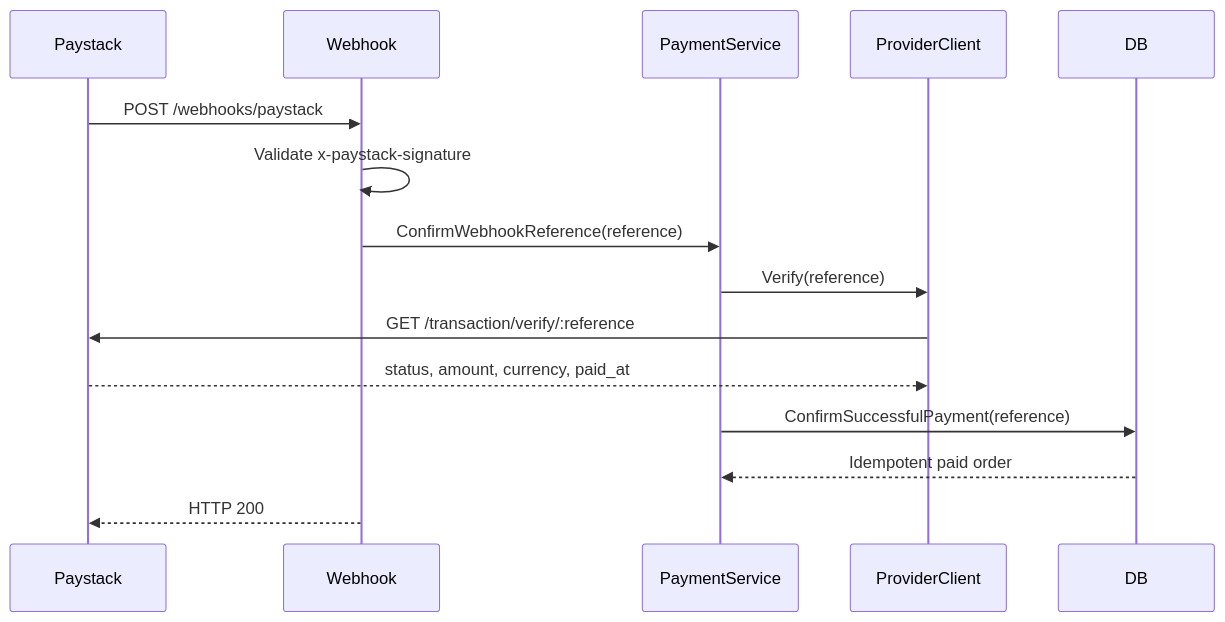
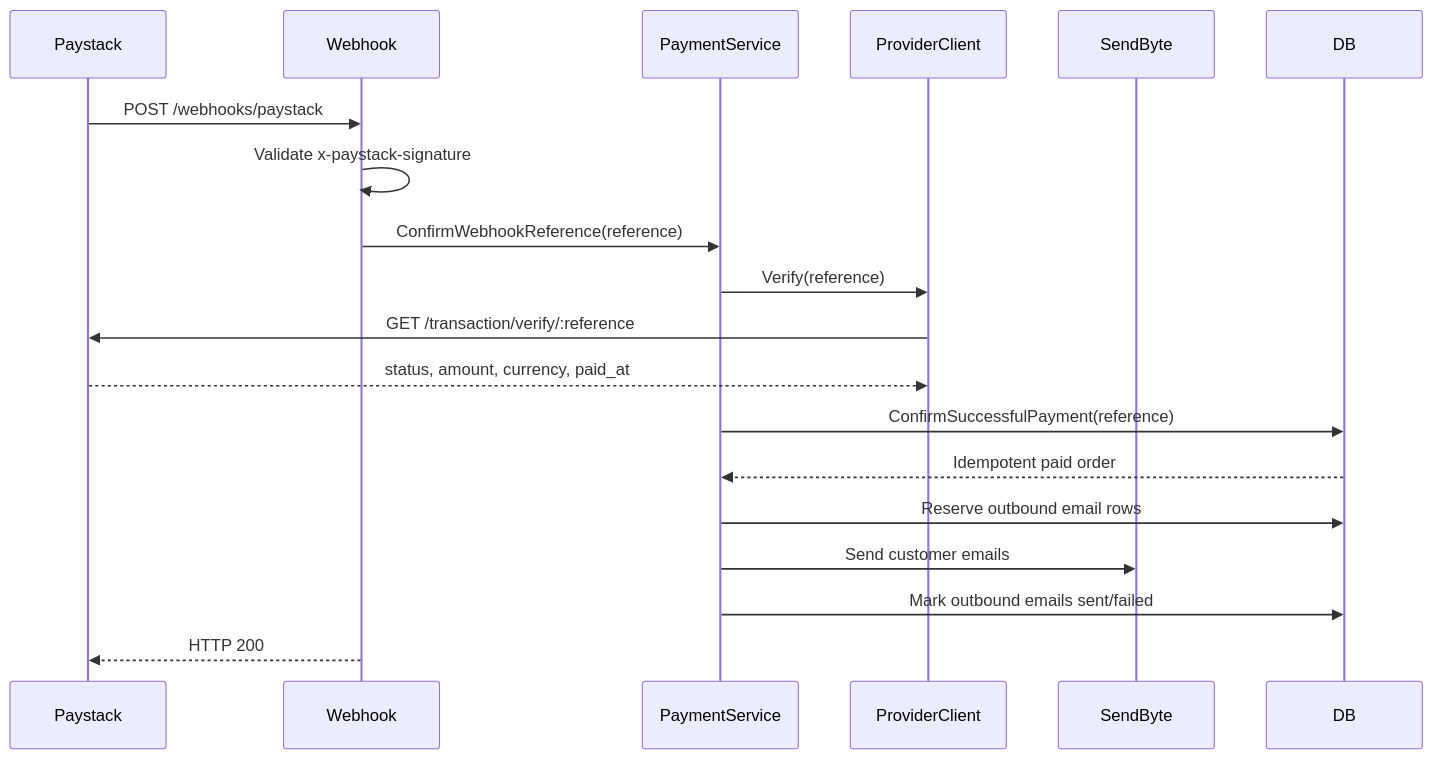
The fifth of 7 diagrams in docs/payment-system-architecture.md (mikechibuzor/oyecouture), drawn with Mermaid before and after one commit. The commit also changed other lines of this file and 24 other files, not shown here.

Commit message:
feat(email): send paid order confirmations

````diff
--- a/docs/payment-system-architecture.md
+++ b/docs/payment-system-architecture.md
@@ -265,18 +286,22 @@
 ```mermaid
 sequenceDiagram
   participant Paystack
   participant Webhook
   participant PaymentService
   participant ProviderClient
+  participant SendByte
   participant DB
 
   Paystack->>Webhook: POST /webhooks/paystack
   Webhook->>Webhook: Validate x-paystack-signature
   Webhook->>PaymentService: ConfirmWebhookReference(reference)
   PaymentService->>ProviderClient: Verify(reference)
   ProviderClient->>Paystack: GET /transaction/verify/:reference
   Paystack-->>ProviderClient: status, amount, currency, paid_at
   PaymentService->>DB: ConfirmSuccessfulPayment(reference)
   DB-->>PaymentService: Idempotent paid order
+  PaymentService->>DB: Reserve outbound email rows
+  PaymentService->>SendByte: Send customer emails
+  PaymentService->>DB: Mark outbound emails sent/failed
   Webhook-->>Paystack: HTTP 200
 ```
````
